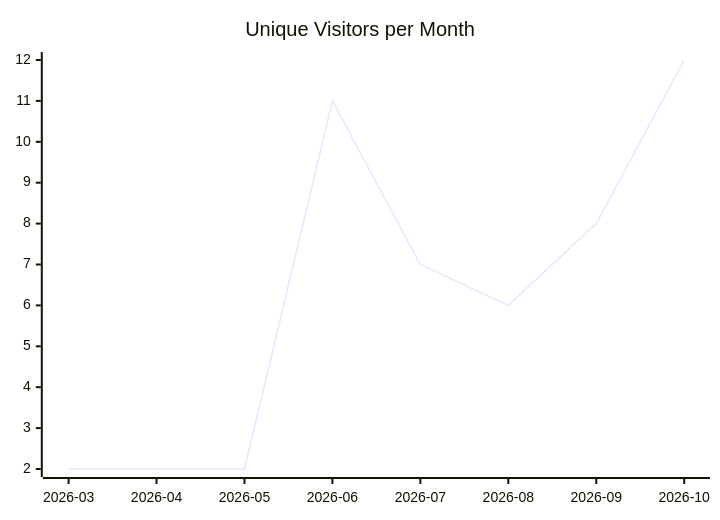
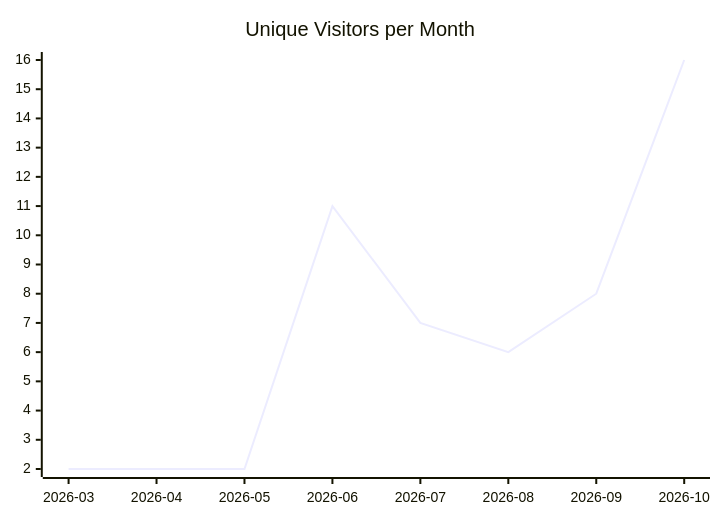
One commit to justdavis-family/github-analytics-data changed the first of 3 diagrams in karlmdavis/ansible-role-jenkins2/README.md. Above: the diagram before and after it, drawn with Mermaid. The commit also changed other lines of this file and 202 other files, not shown here.

````diff
--- a/karlmdavis/ansible-role-jenkins2/README.md
+++ b/karlmdavis/ansible-role-jenkins2/README.md
@@ -5,6 +5,6 @@
 ```mermaid
 xychart-beta
   title "Unique Visitors per Month"
   x-axis ["2026-03", "2026-04", "2026-05", "2026-06", "2026-07", "2026-08", "2026-09", "2026-10"]
-  line [2, 2, 2, 11, 7, 6, 8, 12]
+  line [2, 2, 2, 11, 7, 6, 8, 16]
 ```
````
